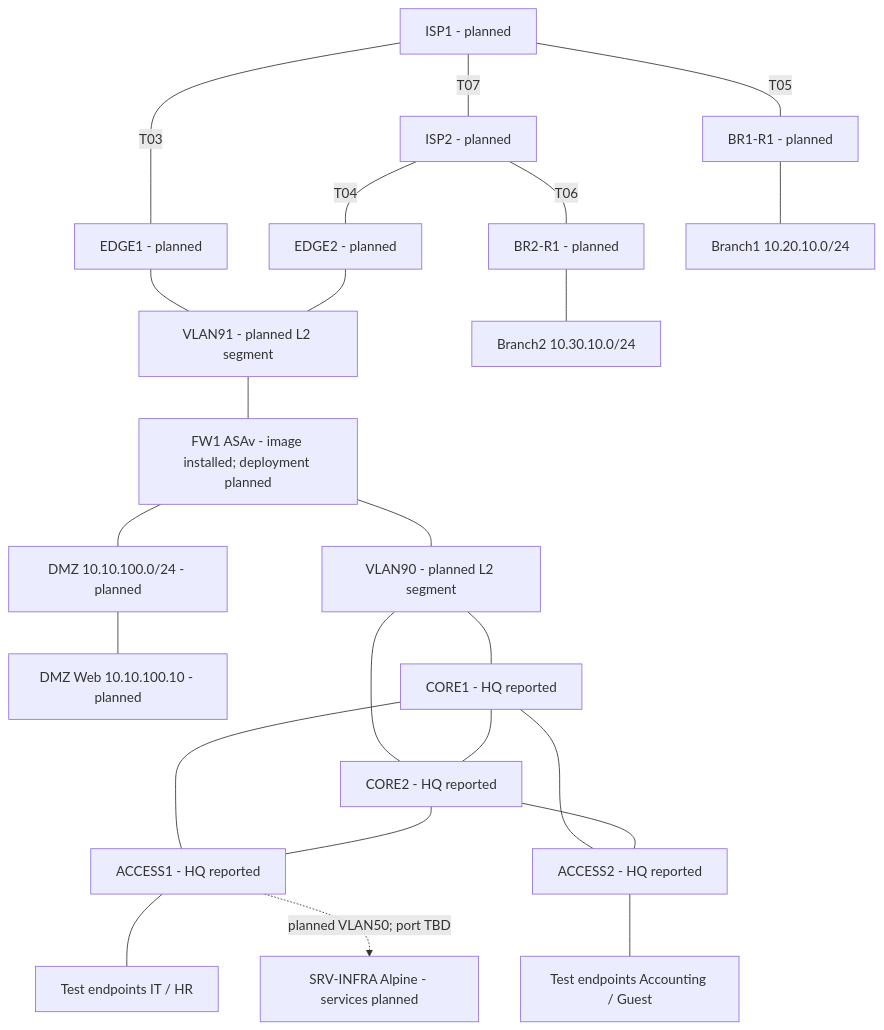
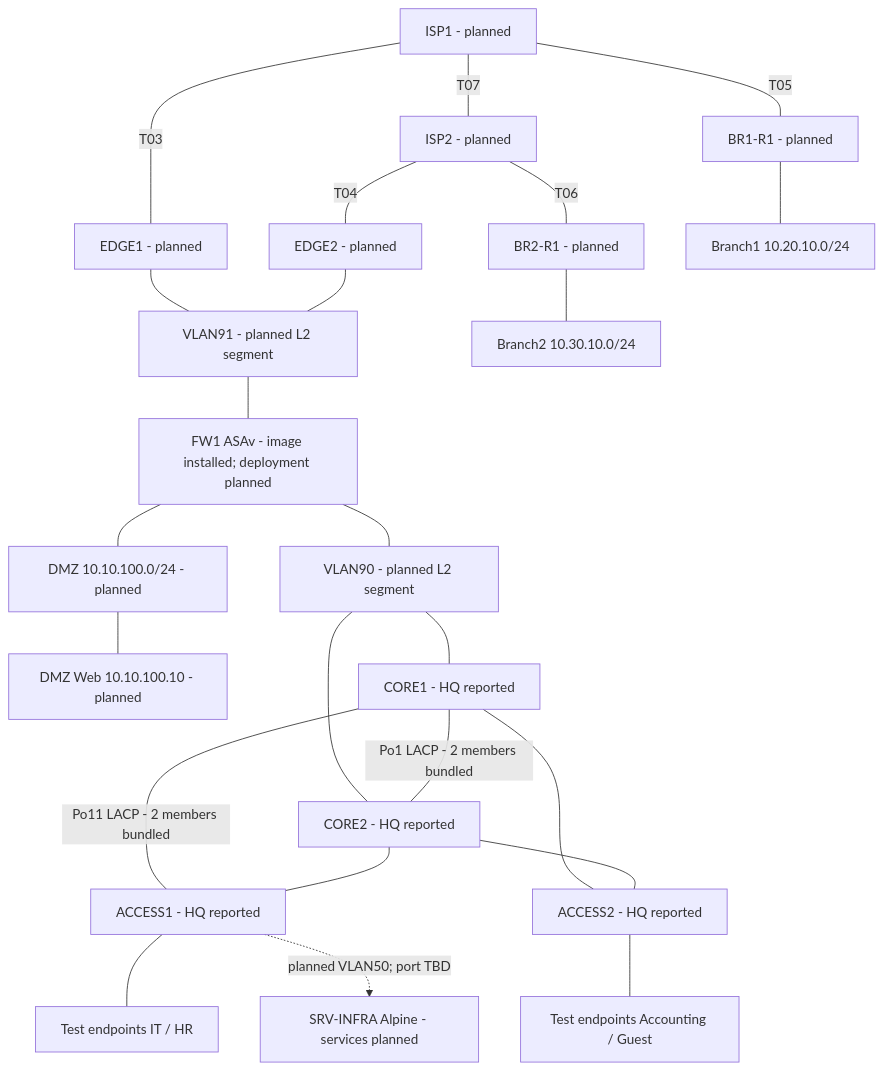
The diagram in diagrams/logical-topology.md (lequocban/enterprise-network-lab), drawn with Mermaid before and after one commit. The commit also changed other lines of this file and 75 other files, not shown here.

````diff
--- a/diagrams/logical-topology.md
+++ b/diagrams/logical-topology.md
@@ -9,26 +17,26 @@
 ```mermaid
 flowchart TB
     ISP1[ISP1 - planned] ---|T07| ISP2[ISP2 - planned]
     ISP1 ---|T03| EDGE1[EDGE1 - planned]
     ISP2 ---|T04| EDGE2[EDGE2 - planned]
     EDGE1 --- OUTSIDE[VLAN91 - planned L2 segment]
     EDGE2 --- OUTSIDE
     OUTSIDE --- FW1[FW1 ASAv - image installed; deployment planned]
     FW1 --- DMZ[DMZ 10.10.100.0/24 - planned]
     DMZ --- WEB[DMZ Web 10.10.100.10 - planned]
     FW1 --- INSIDE[VLAN90 - planned L2 segment]
     INSIDE --- CORE1[CORE1 - HQ reported]
     INSIDE --- CORE2[CORE2 - HQ reported]
-    CORE1 --- CORE2
-    CORE1 --- ACCESS1[ACCESS1 - HQ reported]
+    CORE1 ---|Po1 LACP - 2 members bundled| CORE2
+    CORE1 ---|Po11 LACP - 2 members bundled| ACCESS1[ACCESS1 - HQ reported]
     CORE2 --- ACCESS1
     CORE1 --- ACCESS2[ACCESS2 - HQ reported]
     CORE2 --- ACCESS2
     ACCESS1 --- USERS1[Test endpoints IT / HR]
     ACCESS2 --- USERS2[Test endpoints Accounting / Guest]
     ACCESS1 -. planned VLAN50; port TBD .-> INFRA[SRV-INFRA Alpine - services planned]
     ISP1 ---|T05| BR1[BR1-R1 - planned]
     ISP2 ---|T06| BR2[BR2-R1 - planned]
     BR1 --- LAN1[Branch1 10.20.10.0/24]
     BR2 --- LAN2[Branch2 10.30.10.0/24]
 ```
````
